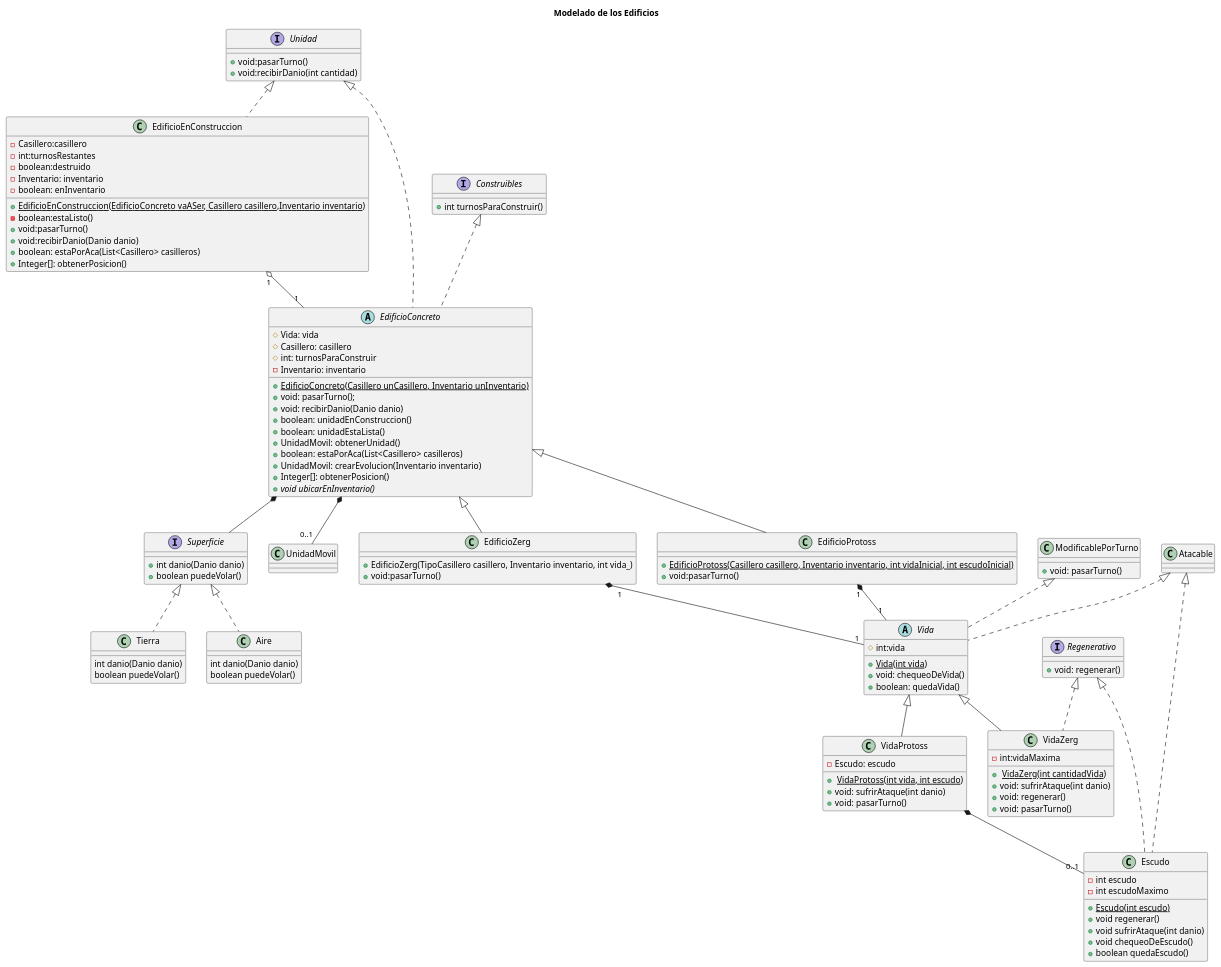
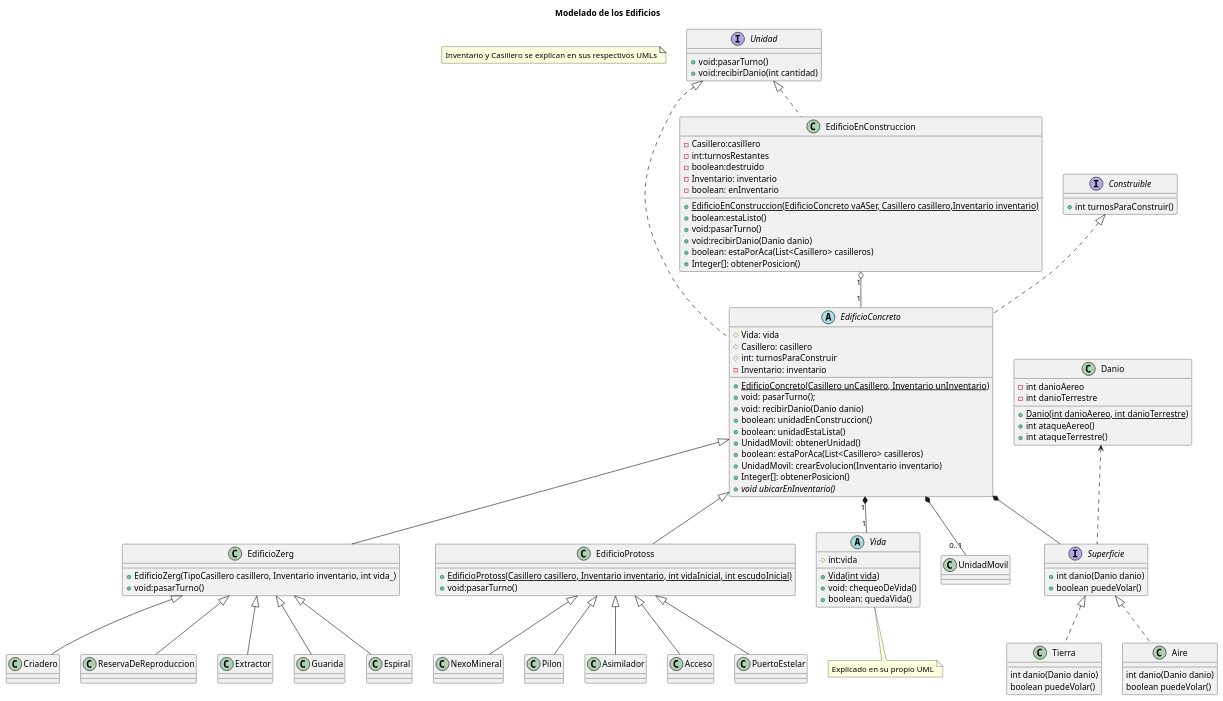
One commit to m-cabrerar/AlgoStar changed the diagram in diagrams/classes/modeladoDeEdificios.plantuml. Above: the diagram before and after it, drawn with PlantUML. The commit also changed 6 other files, not shown here.

Commit message:
Actualizacion UMLs y UML vida

```diff
--- a/diagrams/classes/modeladoDeEdificios.plantuml
+++ b/diagrams/classes/modeladoDeEdificios.plantuml
@@ -1,146 +1,137 @@
 @startuml
 title Modelado de los Edificios
-
+note "Inventario y Casillero se explican en sus respectivos UMLs" as N1
 interface Unidad {
  + void:pasarTurno()
  + void:recibirDanio(int cantidad)
 }
 
+class Danio{
+-int danioAereo
+-int danioTerrestre
 
-interface Construibles {
++<u>Danio(int danioAereo, int danioTerrestre)
++int ataqueAereo()
++int ataqueTerrestre()
+}
+
+interface Construible {
 +int turnosParaConstruir()
 }
+
 abstract class  EdificioConcreto{
 # Vida: vida
 # Casillero: casillero
 # int: turnosParaConstruir
  -Inventario: inventario
 
 +<u>EdificioConcreto(Casillero unCasillero, Inventario unInventario)
 + void: pasarTurno();
 + void: recibirDanio(Danio danio)
 + boolean: unidadEnConstruccion()
 + boolean: unidadEstaLista()
 +  UnidadMovil: obtenerUnidad()
 + boolean: estaPorAca(List<Casillero> casilleros)
 + UnidadMovil: crearEvolucion(Inventario inventario)
 + Integer[]: obtenerPosicion()
 + {abstract} void ubicarEnInventario()
 }
 
 
 
 class EdificioEnConstruccion{
  /'- Unidad:vaASer'/
  - Casillero:casillero
  - int:turnosRestantes
  - boolean:destruido
  -Inventario: inventario
  -boolean: enInventario
 
  + <u>EdificioEnConstruccion(EdificioConcreto vaASer, Casillero casillero,Inventario inventario)
- - boolean:estaListo()
+ + boolean:estaListo()
  + void:pasarTurno()
  + void:recibirDanio(Danio danio)
  + boolean: estaPorAca(List<Casillero> casilleros)
  +Integer[]: obtenerPosicion()
 }
 
 class EdificioZerg{
  + EdificioZerg(TipoCasillero casillero, Inventario inventario, int vida_)
  + void:pasarTurno()
 }
 
 class EdificioProtoss{
  + <u>EdificioProtoss(Casillero casillero, Inventario inventario, int vidaInicial, int escudoInicial)
  + void:pasarTurno()
 }
 
 abstract class Vida{
 #int:vida
 
 +<u>Vida(int vida)
 +void: chequeoDeVida()
 +boolean: quedaVida()
 }
-class VidaZerg{
--int:vidaMaxima
+note bottom: Explicado en su propio UML
 
-+<u> VidaZerg(int cantidadVida)
-+ void: sufrirAtaque(int danio)
-+ void: regenerar()
-+ void: pasarTurno()
-}
-
-class VidaProtoss{
--Escudo: escudo
-
-+<u> VidaProtoss(int vida, int escudo)
-+ void: sufrirAtaque(int danio)
-+ void: pasarTurno()
-
-}
-
-
-interface Regenerativo{
-+void: regenerar()
-}
-
-class Escudo{
--int escudo
--int escudoMaximo
-
-+<u>Escudo(int escudo)
-+ void regenerar()
-+ void sufrirAtaque(int danio)
-+ void chequeoDeEscudo()
-+ boolean quedaEscudo()
-}
 
 interface Superficie{
 + int danio(Danio danio)
 + boolean puedeVolar()
 }
 class Tierra{
  int danio(Danio danio)
  boolean puedeVolar()
 }
 class Aire{
 int danio(Danio danio)
 boolean puedeVolar()
 }
 
+class UnidadMovil{}
 
-class ModificablePorTurno{
-+void: pasarTurno()
-}
+class Criadero{}
+class ReservaDeReproduccion{}
+class Extractor{}
+class Guarida{}
+class Espiral{}
+
+class NexoMineral{}
+class Pilon{}
+class Asimilador{}
+class Acceso{}
+class PuertoEstelar{}
 
 
-class UnidadMovil{}
+EdificioZerg <|-- Criadero
+EdificioZerg <|-- ReservaDeReproduccion
+EdificioZerg <|-- Extractor
+EdificioZerg <|-- Guarida
+EdificioZerg <|-- Espiral
+
+EdificioProtoss <|-- NexoMineral
+EdificioProtoss <|-- Pilon
+EdificioProtoss <|-- Asimilador
+EdificioProtoss <|-- Acceso
+EdificioProtoss <|-- PuertoEstelar
+
+
+
 
 Superficie <|.. Tierra
 Superficie <|.. Aire
 
+Danio <.. Superficie
 
-Vida <|-- VidaProtoss
-Vida <|-- VidaZerg
-Regenerativo <|.. VidaZerg
-Atacable <|.. Vida
-ModificablePorTurno <|.. Vida
+EdificioConcreto "1" *-- "1"Vida
 
-VidaProtoss *-- "0..1"Escudo
-Regenerativo <|.. Escudo
-Atacable <|.. Escudo
 
-EdificioProtoss "1" *-- "1"Vida
-EdificioZerg "1"*-- "1"Vida
-
-Construibles <|.. EdificioConcreto
+Construible <|.. EdificioConcreto
 Unidad <|.. EdificioConcreto
 Unidad <|.. EdificioEnConstruccion
 EdificioConcreto <|-- EdificioZerg
 EdificioConcreto <|-- EdificioProtoss
 EdificioConcreto *-- Superficie
 EdificioConcreto *-- "0..1"UnidadMovil
 EdificioEnConstruccion "1" o-- "1" EdificioConcreto
 @enduml
```
